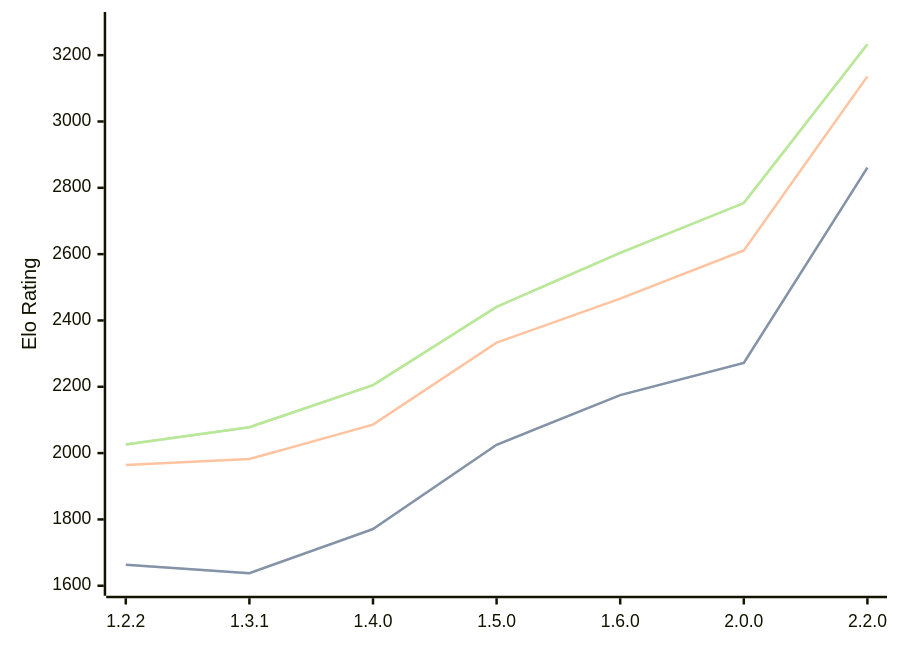
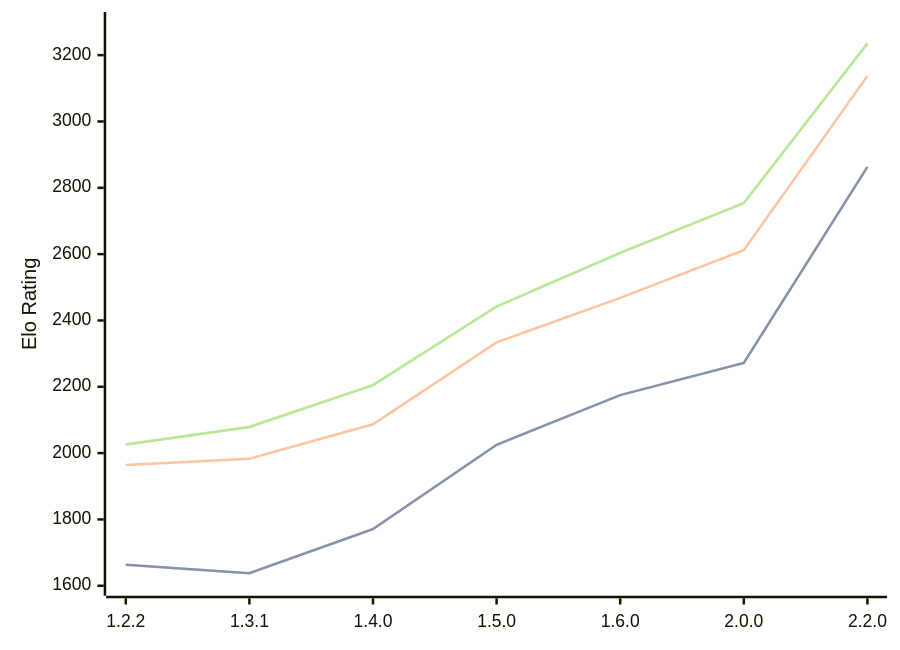
Before and after one commit to computer-chess-index/cci: the diagram in engines/SoloEngine.md, drawn with Mermaid. The commit also changed other lines of this file, not shown here.

Commit message:
Update CCI Ratings (ELO VLTC) - 2026-08-29

````diff
--- a/engines/SoloEngine.md
+++ b/engines/SoloEngine.md
@@ -38,11 +38,11 @@
 ```mermaid
 %%{init: {"theme":"base","themeVariables":{"seriesColors:['#a3a3a3','#222221','#faa371']}}}%%
 xychart-beta
   x-axis ["1.2.2", "1.3.1", "1.4.0", "1.5.0", "1.6.0", "2.0.0", "2.2.0"]
   y-axis "Elo Rating" 1600 --> 3300
-  line "" [1663, 1638, 1771, 2025, 2175, 2272, 2861]
-  line "STC (8.0+0.08s)" [1663, 1638, 1771, 2025, 2175, 2272, 2861]
-  line "LTC (60.0+0.60s)" [1964, 1982, 2086, 2333, 2466, 2611, 3136]
-  line "" [2026, 2078, 2205, 2441, 2604, 2754, 3233]
-  line "VLTC (2m24s+1.12s)" [2026, 2078, 2205, 2441, 2604, 2754, 3233]
+  line "" [1663, 1638, 1771, 2025, 2175, 2272, 2863]
+  line "STC (8.0+0.08s)" [1663, 1638, 1771, 2025, 2175, 2272, 2863]
+  line "LTC (60.0+0.60s)" [1964, 1983, 2087, 2334, 2468, 2612, 3137]
+  line "" [2026, 2079, 2205, 2442, 2604, 2754, 3235]
+  line "VLTC (2m24s+1.12s)" [2026, 2079, 2205, 2442, 2604, 2754, 3235]
 ```
````
